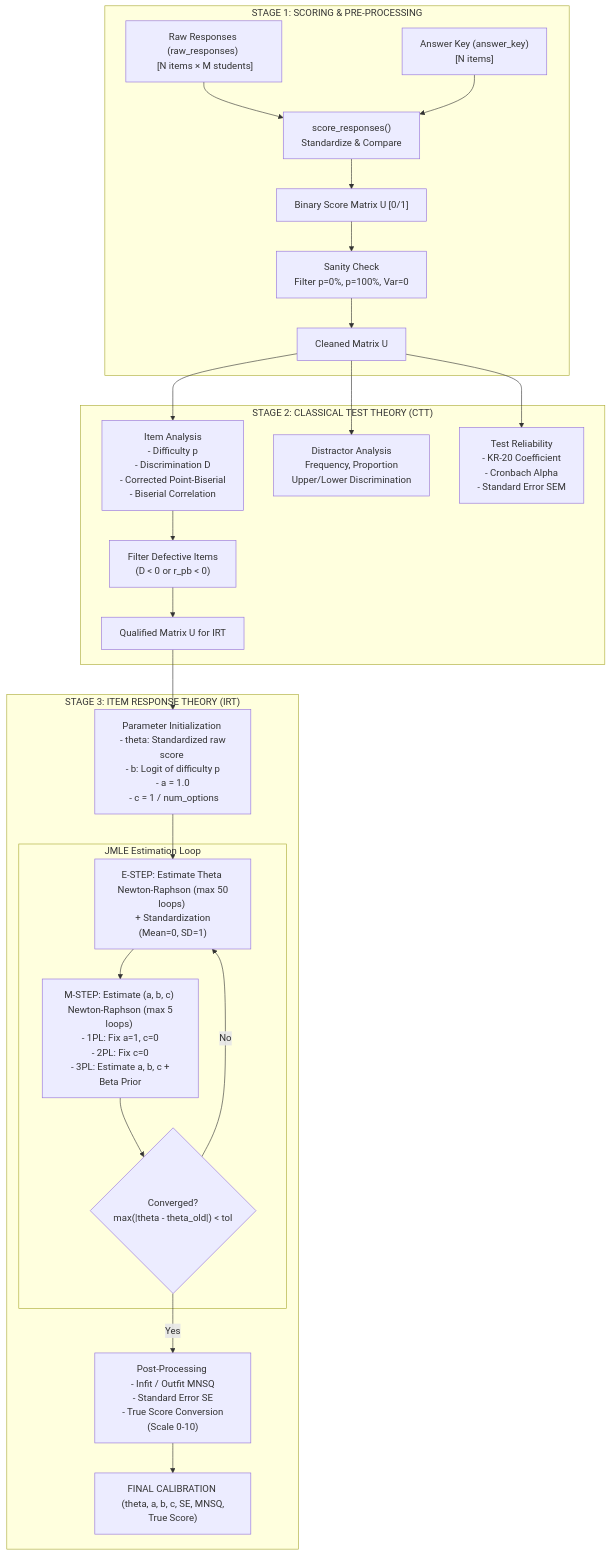
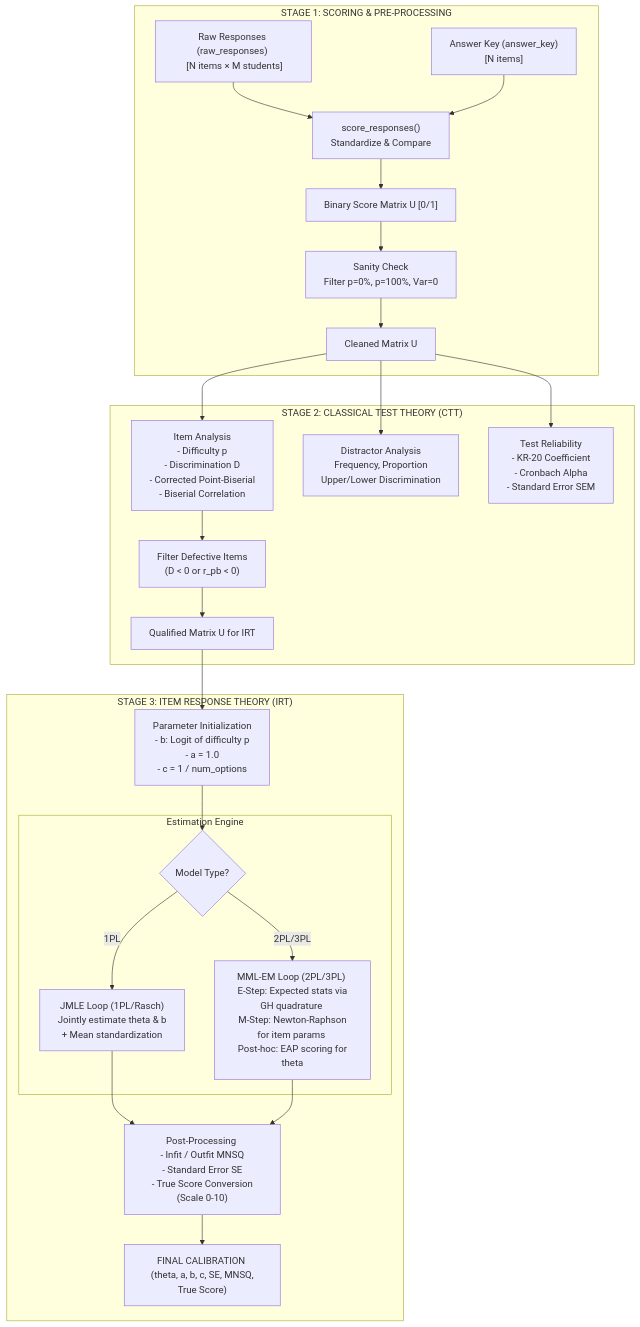
One commit to buithanhninh/rasch-irt changed the second of 2 diagrams in README.md. Above: the diagram before and after it, drawn with Mermaid. The commit also changed other lines of this file and 7 other files, not shown here.

Commit message:
feat: Upgrade IRT 2PL/3PL to MML-EM with Gauss-Hermite quadrature and EAP scoring

````diff
--- a/README.md
+++ b/README.md
@@ -239,43 +239,43 @@
 ```mermaid
 flowchart TD
     subgraph G1["STAGE 1: SCORING & PRE-PROCESSING"]
         Raw["Raw Responses (raw_responses) <br> [N items × M students]"]
         Key["Answer Key (answer_key) <br> [N items]"]
         Score["score_responses() <br> Standardize & Compare"]
         Binary["Binary Score Matrix U [0/1]"]
         Sanity["Sanity Check <br> Filter p=0%, p=100%, Var=0"]
         CleanU["Cleaned Matrix U"]
         
         Raw & Key --> Score --> Binary --> Sanity --> CleanU
     end
 
     subgraph G2["STAGE 2: CLASSICAL TEST THEORY (CTT)"]
         ItemCTT["Item Analysis <br> - Difficulty p <br> - Discrimination D <br> - Corrected Point-Biserial <br> - Biserial Correlation"]
         Distractor["Distractor Analysis <br> Frequency, Proportion <br> Upper/Lower Discrimination"]
         TestCTT["Test Reliability <br> - KR-20 Coefficient <br> - Cronbach Alpha <br> - Standard Error SEM"]
         FilterBad["Filter Defective Items <br> (D < 0 or r_pb < 0)"]
         IrtU["Qualified Matrix U for IRT"]
         
         CleanU --> ItemCTT & Distractor & TestCTT
         ItemCTT --> FilterBad --> IrtU
     end
 
     subgraph G3["STAGE 3: ITEM RESPONSE THEORY (IRT)"]
-        Init["Parameter Initialization <br> - theta: Standardized raw score <br> - b: Logit of difficulty p <br> - a = 1.0 <br> - c = 1 / num_options"]
+        Init["Parameter Initialization <br> - b: Logit of difficulty p <br> - a = 1.0 <br> - c = 1 / num_options"]
         
-        subgraph JMLE["JMLE Estimation Loop"]
-            Estep["E-STEP: Estimate Theta <br> Newton-Raphson (max 50 loops) <br> + Standardization (Mean=0, SD=1)"]
-            Mstep["M-STEP: Estimate (a, b, c) <br> Newton-Raphson (max 5 loops) <br> - 1PL: Fix a=1, c=0 <br> - 2PL: Fix c=0 <br> - 3PL: Estimate a, b, c + Beta Prior"]
-            Conv{"Converged? <br> max(|theta - theta_old|) < tol"}
+        subgraph Engine["Estimation Engine"]
+            ModelCheck{"Model Type?"}
+            JMLE["JMLE Loop (1PL/Rasch) <br> Jointly estimate theta & b <br> + Mean standardization"]
+            MMLEM["MML-EM Loop (2PL/3PL) <br> E-Step: Expected stats via GH quadrature <br> M-Step: Newton-Raphson for item params <br> Post-hoc: EAP scoring for theta"]
             
-            Estep --> Mstep --> Conv
-            Conv -- "No" --> Estep
+            ModelCheck -- "1PL" --> JMLE
+            ModelCheck -- "2PL/3PL" --> MMLEM
         end
         
         Post["Post-Processing <br> - Infit / Outfit MNSQ <br> - Standard Error SE <br> - True Score Conversion (Scale 0-10)"]
         Output["FINAL CALIBRATION <br> (theta, a, b, c, SE, MNSQ, True Score)"]
         
-        IrtU --> Init --> Estep
-        Conv -- "Yes" --> Post --> Output
+        IrtU --> Init --> ModelCheck
+        JMLE & MMLEM --> Post --> Output
     end
 ```
````
